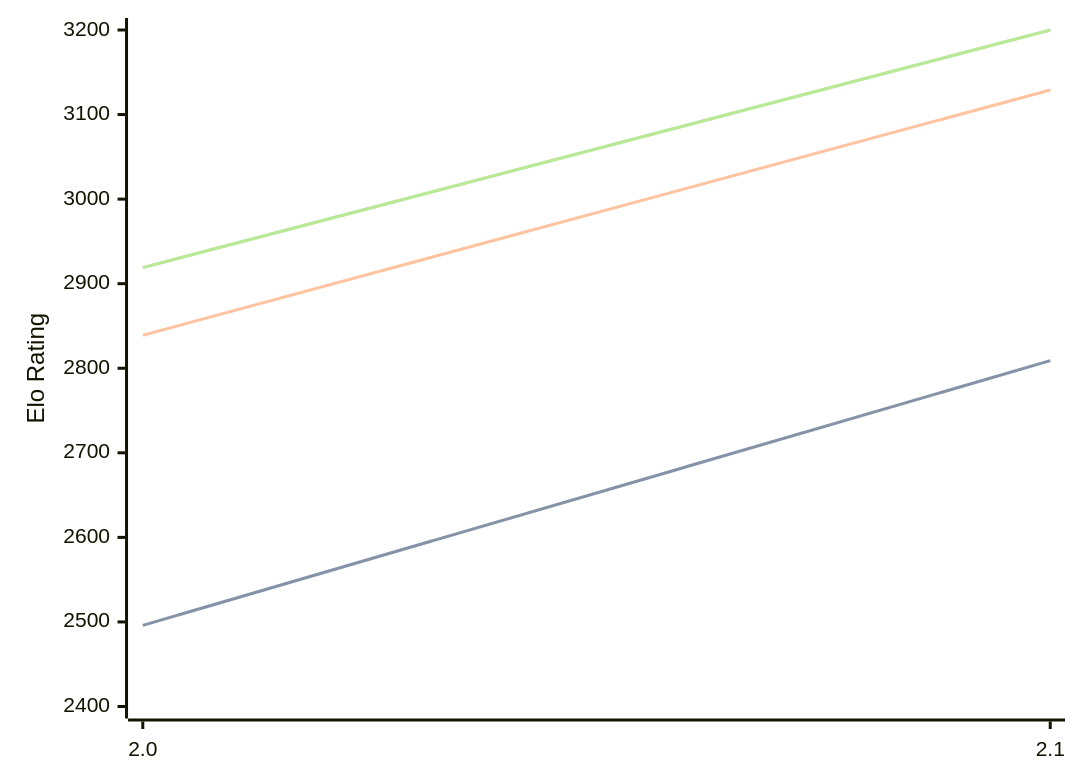
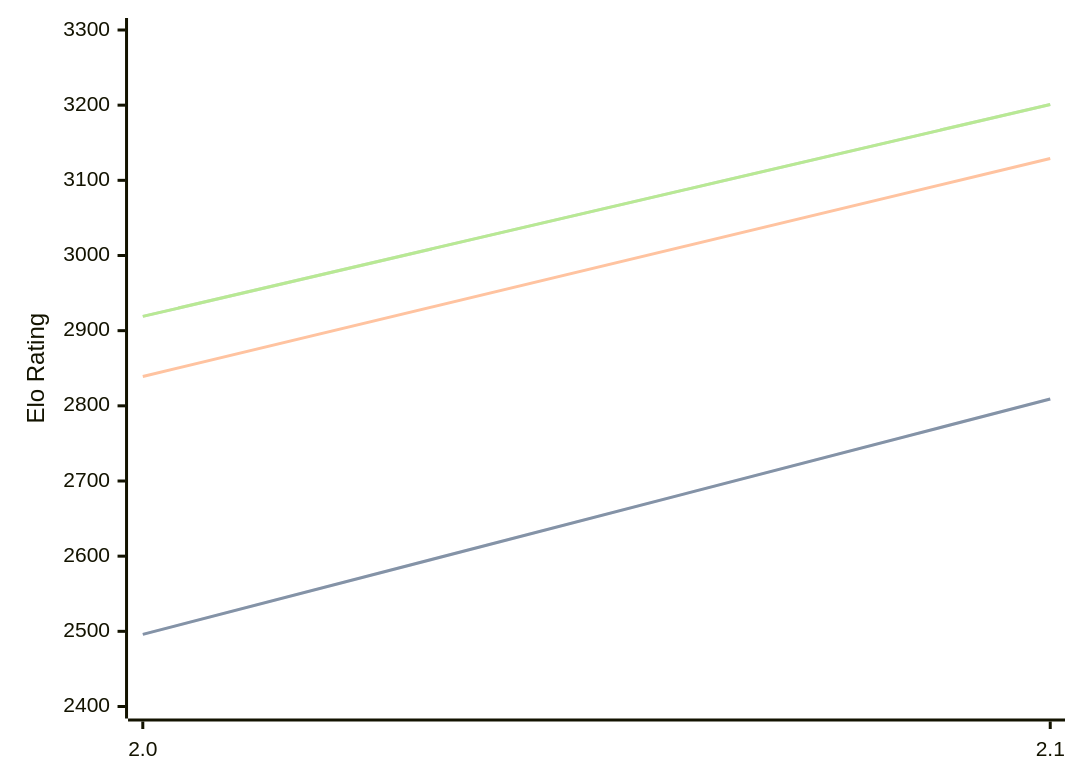
One commit to computer-chess-index/cci changed the third of 3 diagrams in engines/Tunguska.md. Above: the diagram before and after it, drawn with Mermaid. The commit also changed other lines of this file, not shown here.

Commit message:
Update CCI Ratings (ELO VLTC) - 2026-07-12

````diff
--- a/engines/Tunguska.md
+++ b/engines/Tunguska.md
@@ -65,11 +65,11 @@
 ```mermaid
 %%{init: {"theme":"base","themeVariables":{"seriesColors:['#a3a3a3','#222221','#faa371']}}}%%
 xychart-beta
   x-axis ["2.0", "2.1"]
-  y-axis "Elo Rating" 2400 --> 3200
+  y-axis "Elo Rating" 2400 --> 3300
   line "STC (8.0+0.08s)" [2496, 2809]
   line "STC (8.0+0.08s)" [2496, 2809]
   line "LTC (60.0+0.60s)" [2839, 3129]
-  line "VLTC (2m24s+1.12s)" [2919, 3200]
-  line "VLTC (2m24s+1.12s)" [2919, 3200]
+  line "VLTC (2m24s+1.12s)" [2919, 3201]
+  line "VLTC (2m24s+1.12s)" [2919, 3201]
 ```
````
